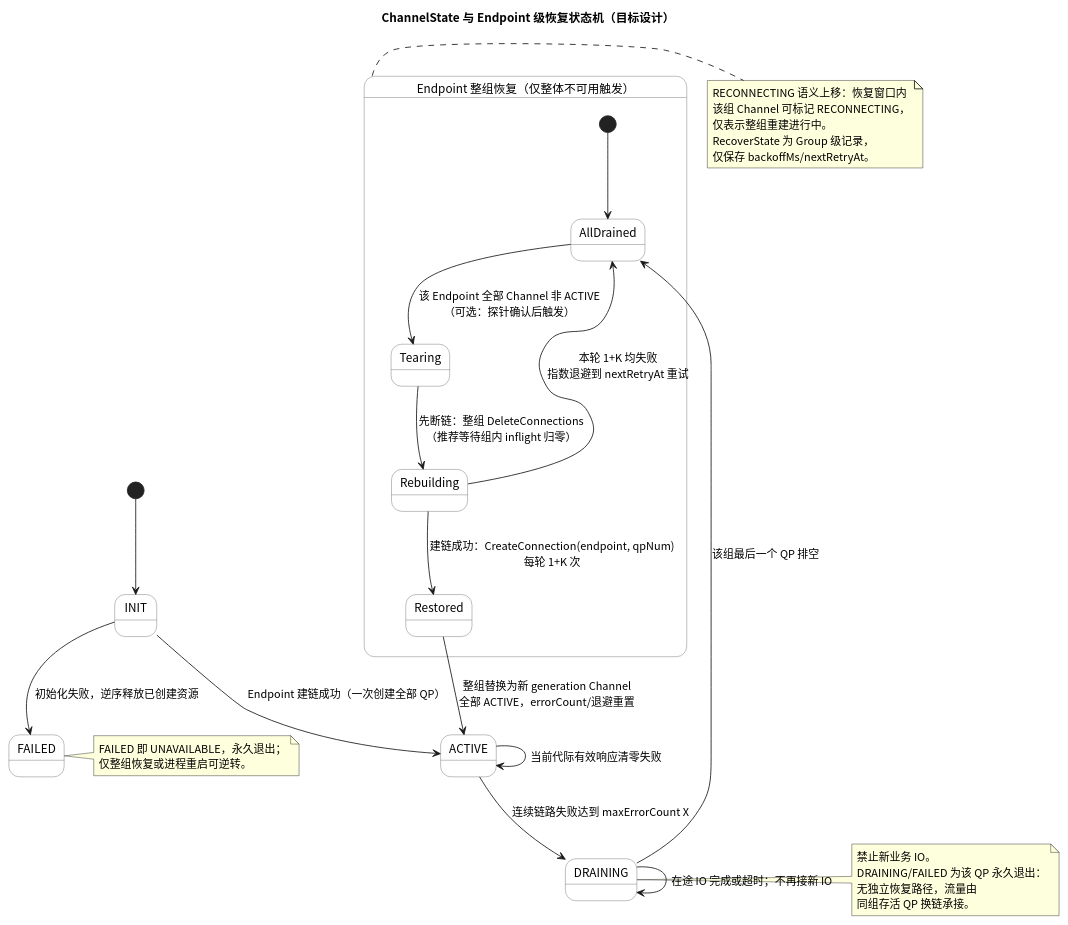
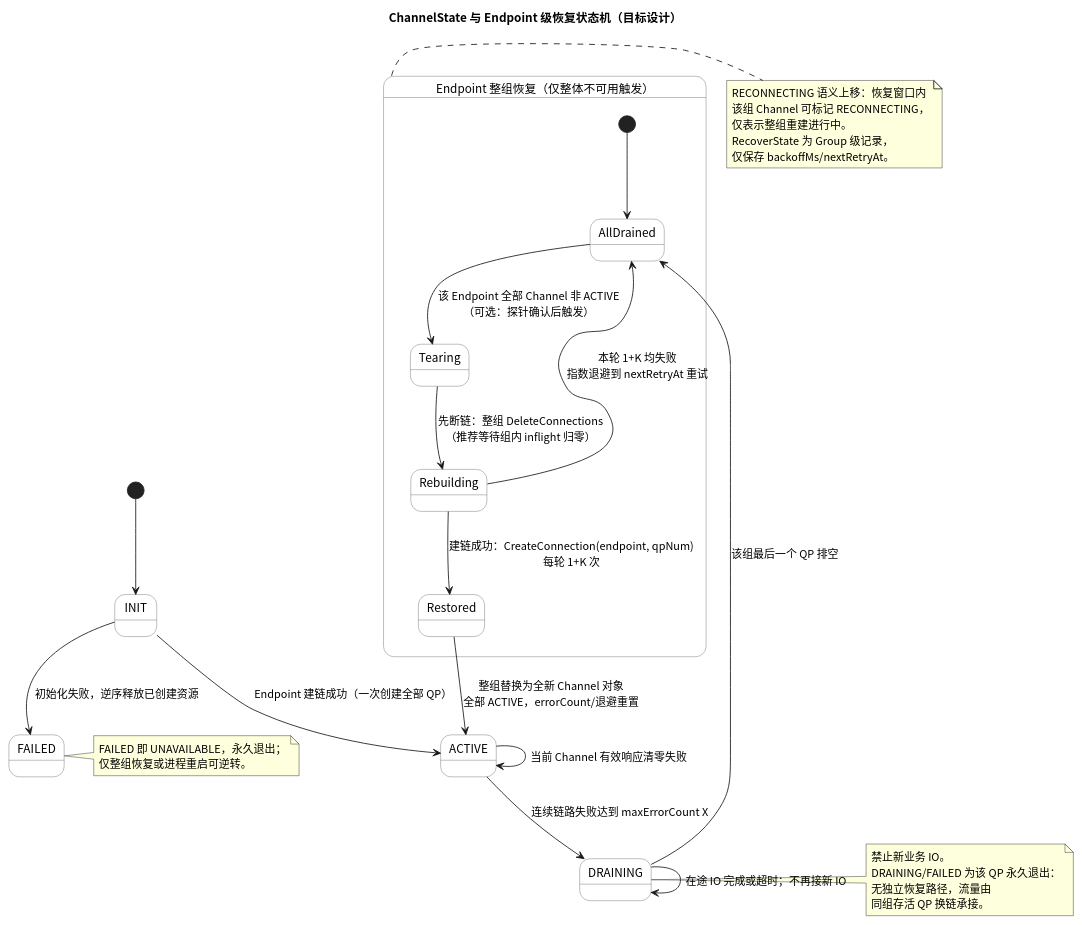
Before and after one commit to Shiqt233/unified-cache-management: the fifth of 6 diagrams in kv_semantics/docs/SR20261025425863软件Story设计说明书.md, drawn with PlantUML. The commit also changed other lines of this file, not shown here.

````diff
--- a/kv_semantics/docs/SR20261025425863软件Story设计说明书.md
+++ b/kv_semantics/docs/SR20261025425863软件Story设计说明书.md
@@ -1013,44 +957,44 @@
 ```plantuml
 @startuml
 title ChannelState 与 Endpoint 级恢复状态机（目标设计）
 skinparam state {
   BackgroundColor #FFFFFF
   BorderColor #666666
 }
 skinparam defaultFontName "Noto Sans CJK SC"
 [*] --> INIT
 INIT --> ACTIVE : Endpoint 建链成功（一次创建全部 QP）
 INIT --> FAILED : 初始化失败，逆序释放已创建资源
 ACTIVE --> DRAINING : 连续链路失败达到 maxErrorCount X
 DRAINING --> DRAINING : 在途 IO 完成或超时；不再接新 IO
-ACTIVE --> ACTIVE : 当前代际有效响应清零失败
+ACTIVE --> ACTIVE : 当前 Channel 有效响应清零失败
 
 state "Endpoint 整组恢复（仅整体不可用触发）" as grp {
   [*] --> AllDrained
   AllDrained --> Tearing : 该 Endpoint 全部 Channel 非 ACTIVE\n（可选：探针确认后触发）
   Tearing --> Rebuilding : 先断链：整组 DeleteConnections\n（推荐等待组内 inflight 归零）
   Rebuilding --> Restored : 建链成功：CreateConnection(endpoint, qpNum)\n每轮 1+K 次
   Rebuilding --> AllDrained : 本轮 1+K 均失败\n指数退避到 nextRetryAt 重试
 }
 DRAINING --> AllDrained : 该组最后一个 QP 排空
-Restored --> ACTIVE : 整组替换为新 generation Channel\n全部 ACTIVE，errorCount/退避重置
+Restored --> ACTIVE : 整组替换为全新 Channel 对象\n全部 ACTIVE，errorCount/退避重置
 
 note right of DRAINING
   禁止新业务 IO。
   DRAINING/FAILED 为该 QP 永久退出：
   无独立恢复路径，流量由
   同组存活 QP 换链承接。
 end note
 note right of grp
   RECONNECTING 语义上移：恢复窗口内
   该组 Channel 可标记 RECONNECTING，
   仅表示整组重建进行中。
   RecoverState 为 Group 级记录，
   仅保存 backoffMs/nextRetryAt。
 end note
 note right of FAILED
   FAILED 即 UNAVAILABLE，永久退出；
   仅整组恢复或进程重启可逆转。
 end note
 @enduml
 ```
````
